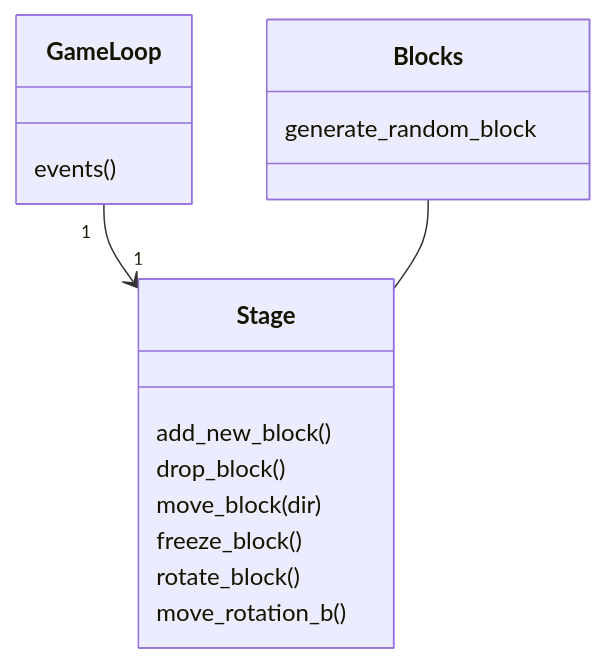
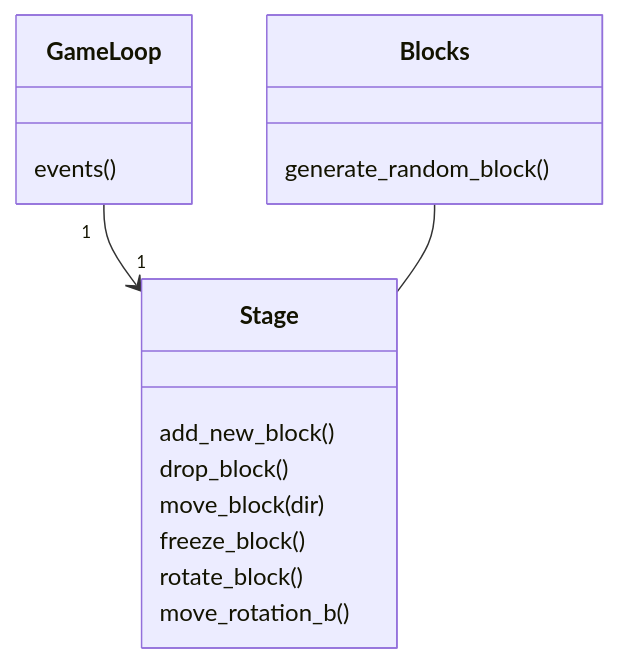
One commit to AlTu774/ot-Tetris changed the first of 2 diagrams in dokumentaatio/arkkitehtuuri.md. Above: the diagram before and after it, drawn with Mermaid. The commit also changed other lines of this file, not shown here.

````diff
--- a/dokumentaatio/arkkitehtuuri.md
+++ b/dokumentaatio/arkkitehtuuri.md
@@ -3,19 +3,19 @@
 ```mermaid
   classDiagram
       GameLoop "1" --> "1" Stage
       Blocks -- Stage
 class GameLoop{
       events()
 	}
 class Stage{
       add_new_block()
       drop_block()
       move_block(dir)
       freeze_block()
       rotate_block()
       move_rotation_b()
 	}
 class Blocks{
-      generate_random_block
+      generate_random_block()
 	}
 ```
````
